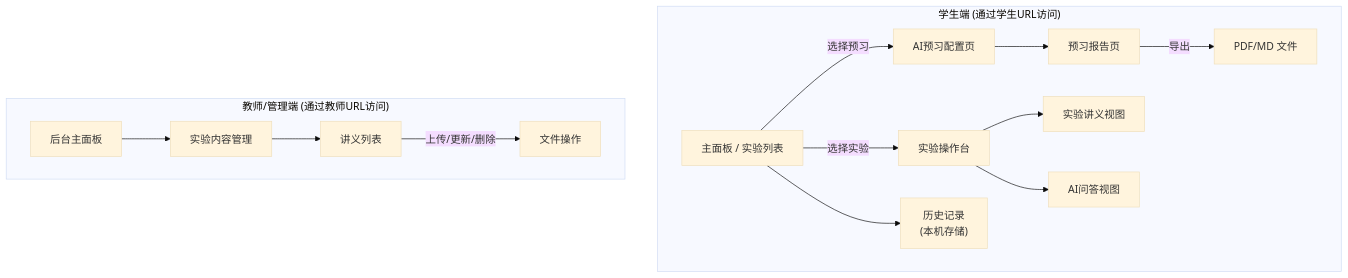
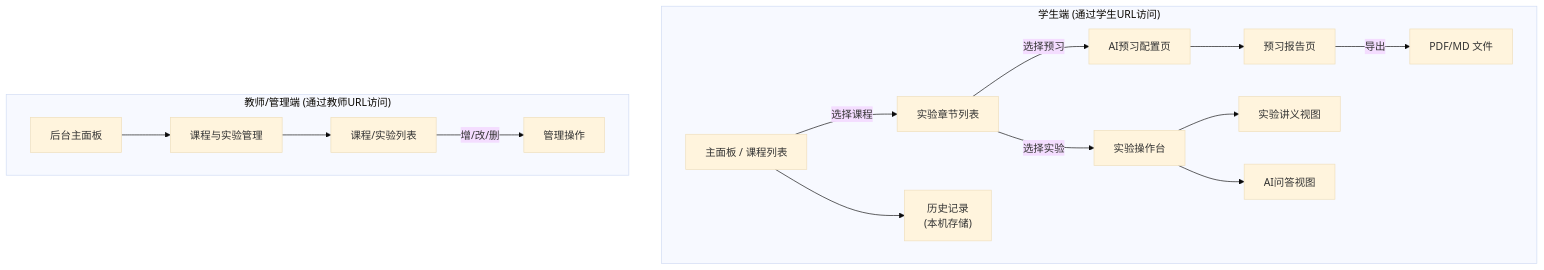
The diagram in doc/req/dbly_ux.md (baoblackcoal/owon_ai), drawn with Mermaid (base theme) before and after one commit. The commit also changed other lines of this file, not shown here.

````diff
--- a/doc/req/dbly_ux.md
+++ b/doc/req/dbly_ux.md
@@ -73,19 +74,19 @@
 ```mermaid
 graph TD
     subgraph StudentView["学生端 (通过学生URL访问)"]
-        B["主面板 / 实验列表"]
+        A["主面板 / 课程列表"] --> |选择课程| B["实验章节列表"]
         B --> |选择预习| D[AI预习配置页]
         D --> E[预习报告页]
         E --> |导出| F[PDF/MD 文件]
         B --> |选择实验| G[实验操作台]
         G --> H["实验讲义视图"]
         G --> I["AI问答视图"]
-        B --> K["历史记录<br/>(本机存储)"]
+        A --> K["历史记录<br/>(本机存储)"]
     end
 
     subgraph AdminView["教师/管理端 (通过教师URL访问)"]
-        N["后台主面板"] --> O[实验内容管理]
-        O --> P[讲义列表]
-        P --> |上传/更新/删除| Q[文件操作]
+        N["后台主面板"] --> O[课程与实验管理]
+        O --> P[课程/实验列表]
+        P --> |增/改/删| Q[管理操作]
     end
 ```
````
